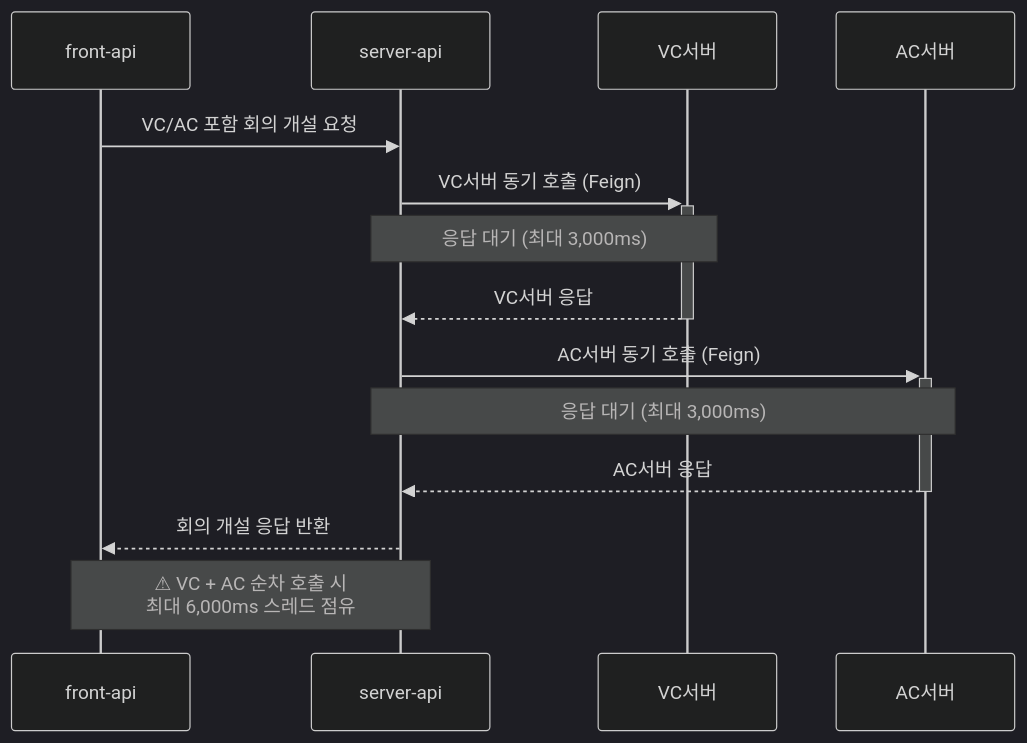
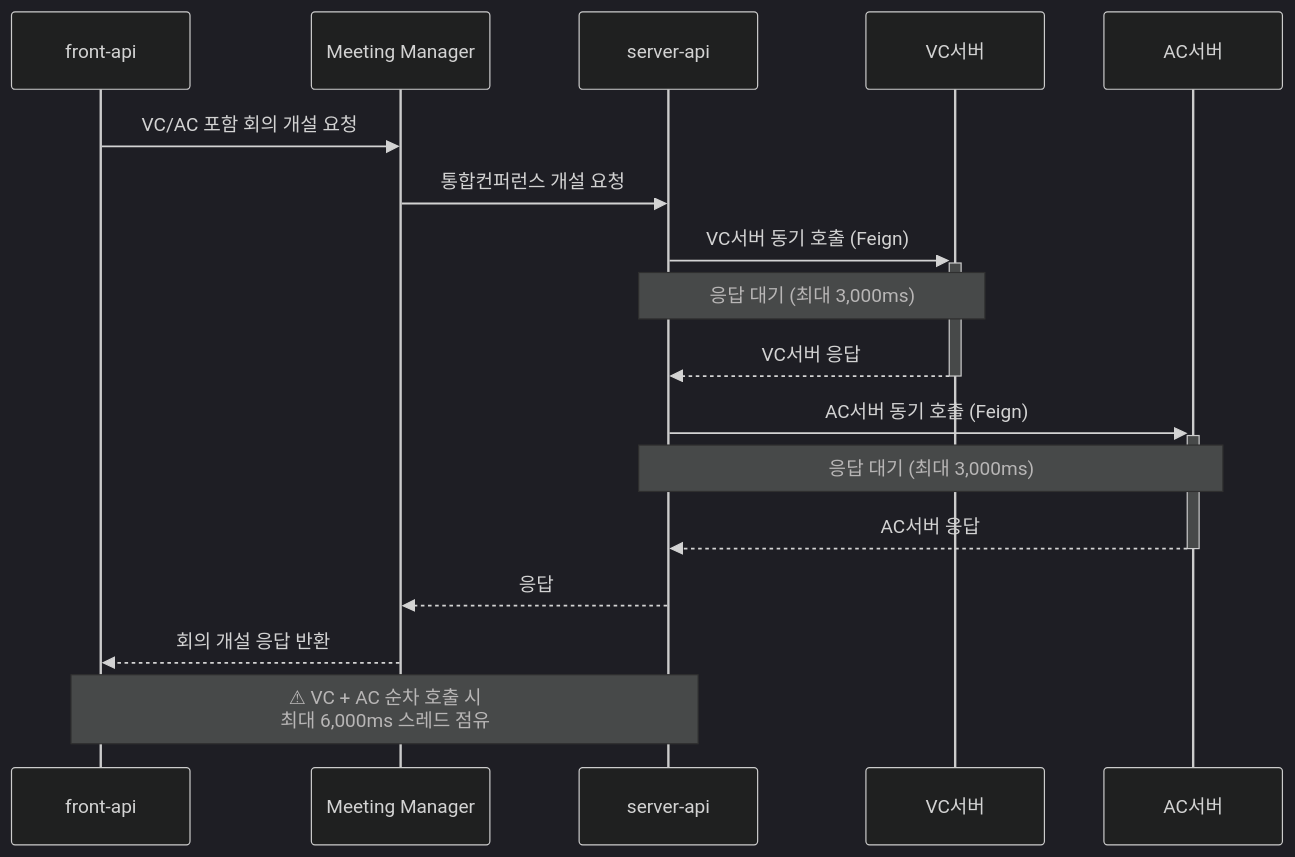
The diagram in docs/02-system-overview/1.2-issues/ISSUE-05-외부벤더서버동기호출연쇄회의개설지연.md (sujinnkim/A_Personal), drawn with Mermaid (dark theme) before and after one commit. The commit also changed other lines of this file and 28 other files, not shown here.

First line of the commit message:
docs: 입장(UC-04) 문맥 WC서버 → Meeting Manager 전반 수정

````diff
--- a/docs/02-system-overview/1.2-issues/ISSUE-05-외부벤더서버동기호출연쇄회의개설지연.md
+++ b/docs/02-system-overview/1.2-issues/ISSUE-05-외부벤더서버동기호출연쇄회의개설지연.md
@@ -17,17 +17,20 @@
 ```mermaid
 sequenceDiagram
     participant FA as front-api
+    participant MM as Meeting Manager
     participant SA as server-api
     participant VC as VC서버
     participant AC as AC서버
 
-    FA->>SA: VC/AC 포함 회의 개설 요청
+    FA->>MM: VC/AC 포함 회의 개설 요청
+    MM->>SA: 통합컨퍼런스 개설 요청
     SA->>+VC: VC서버 동기 호출 (Feign)
     Note over SA,VC: 응답 대기 (최대 3,000ms)
     VC-->>-SA: VC서버 응답
     SA->>+AC: AC서버 동기 호출 (Feign)
     Note over SA,AC: 응답 대기 (최대 3,000ms)
     AC-->>-SA: AC서버 응답
-    SA-->>FA: 회의 개설 응답 반환
+    SA-->>MM: 응답
+    MM-->>FA: 회의 개설 응답 반환
     Note over FA,SA: ⚠ VC + AC 순차 호출 시<br/>최대 6,000ms 스레드 점유
 ```
````
